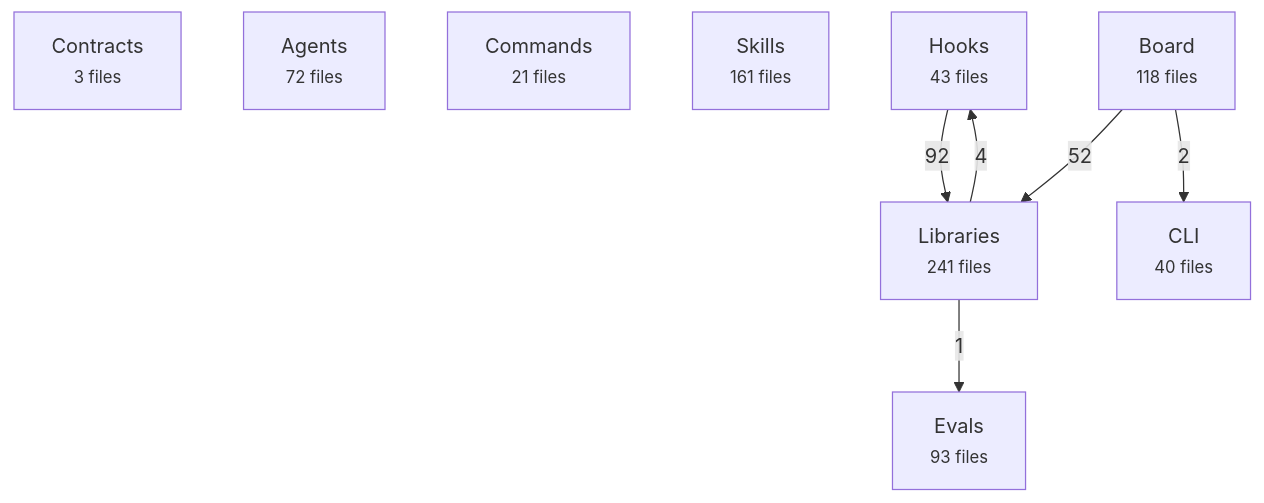
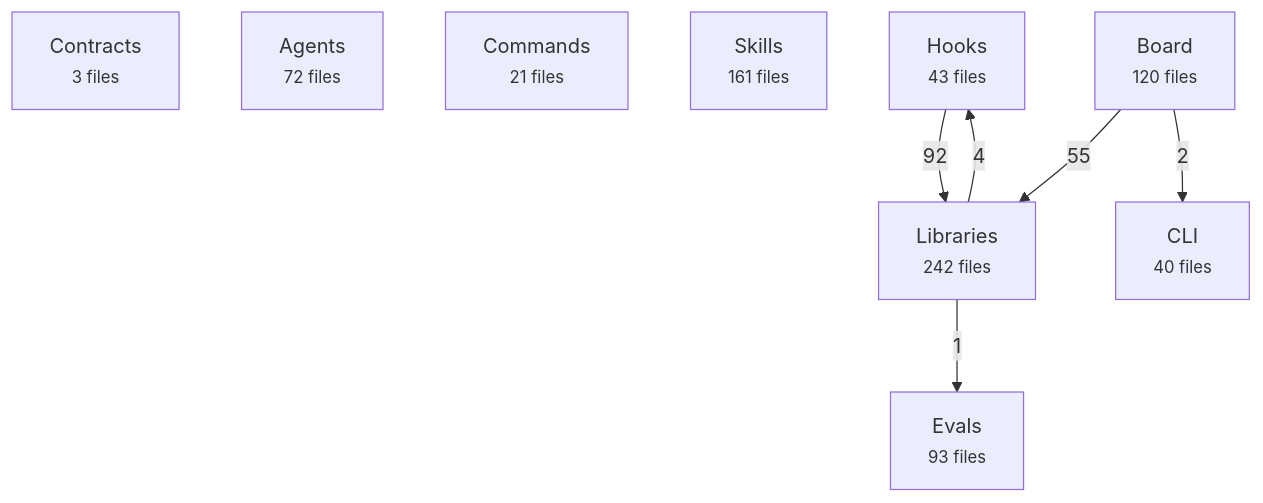
One commit to avelikiy/great_cto changed the first of 2 diagrams in docs/reference/architecture-map.md. Above: the diagram before and after it, drawn with Mermaid. The commit also changed other lines of this file and 2 other files, not shown here.

Commit message:
docs: connect implementation packets and refresh architecture map

````diff
--- a/docs/reference/architecture-map.md
+++ b/docs/reference/architecture-map.md
@@ -20,17 +20,17 @@
 ```mermaid
 flowchart TD
   contracts["Contracts<br/><small>3 files</small>"]
   agents["Agents<br/><small>72 files</small>"]
   commands["Commands<br/><small>21 files</small>"]
   skills["Skills<br/><small>161 files</small>"]
   hooks["Hooks<br/><small>43 files</small>"]
-  libs["Libraries<br/><small>241 files</small>"]
-  board["Board<br/><small>118 files</small>"]
+  libs["Libraries<br/><small>242 files</small>"]
+  board["Board<br/><small>120 files</small>"]
   cli["CLI<br/><small>40 files</small>"]
   evals["Evals<br/><small>93 files</small>"]
   hooks -->|92| libs
-  board -->|52| libs
+  board -->|55| libs
   libs -->|4| hooks
   board -->|2| cli
   libs -->|1| evals
 ```
````
